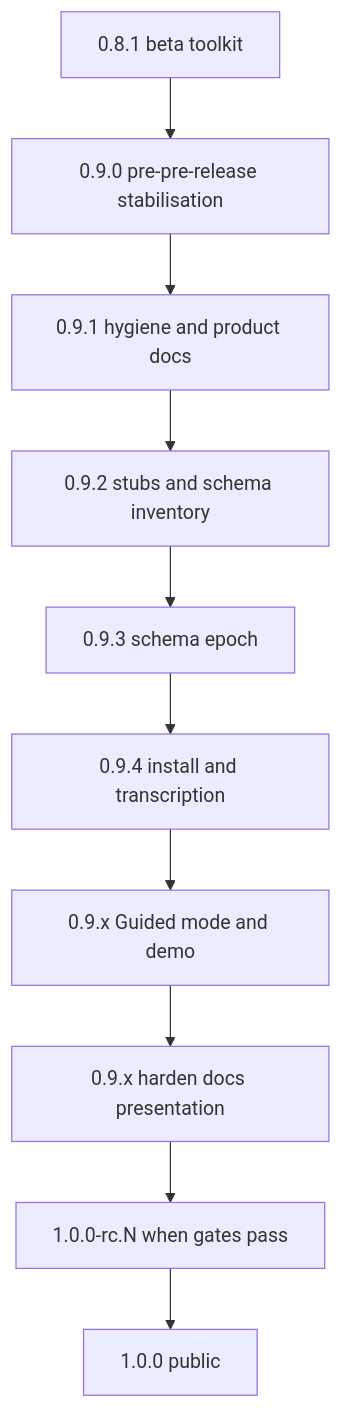
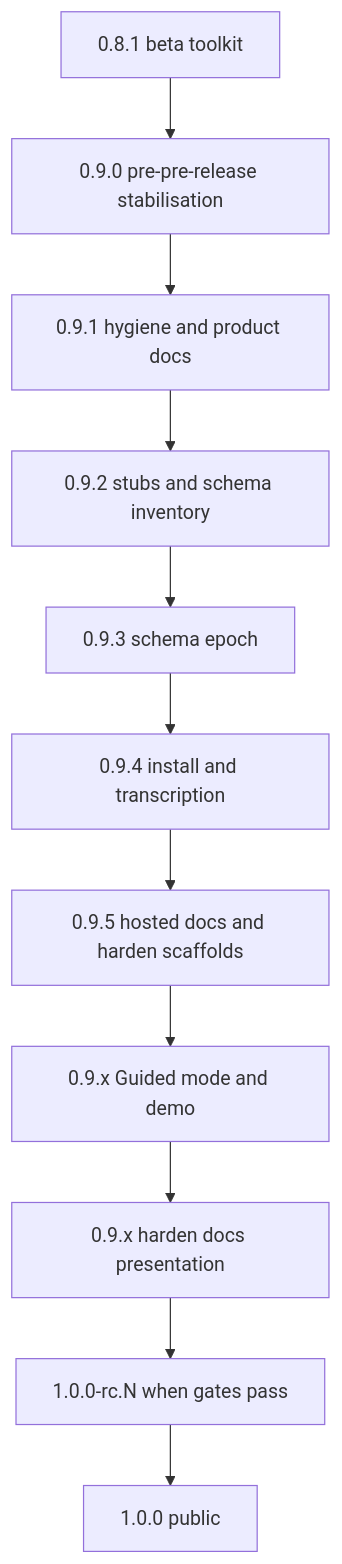
One commit to glen-w/TranscriptX changed the first of 2 diagrams in docs/dev/pre_release_roadmap_1_0.md. Above: the diagram before and after it, drawn with Mermaid. The commit also changed other lines of this file and 30 other files, not shown here.

First line of the commit message:
Release 0.9.5: hosted docs revive and harden scaffolds.

````diff
--- a/docs/dev/pre_release_roadmap_1_0.md
+++ b/docs/dev/pre_release_roadmap_1_0.md
@@ -419,14 +420,15 @@
 ```mermaid
 flowchart TD
   v08[0.8.1 beta toolkit]
   v090[0.9.0 pre-pre-release stabilisation]
   v091[0.9.1 hygiene and product docs]
   v092[0.9.2 stubs and schema inventory]
   themeSchema[0.9.3 schema epoch]
   themeInstall[0.9.4 install and transcription]
+  themeDocsScaffolds[0.9.5 hosted docs and harden scaffolds]
   themeModes[0.9.x Guided mode and demo]
   themeHarden[0.9.x harden docs presentation]
   rc[1.0.0-rc.N when gates pass]
   v10[1.0.0 public]
-  v08 --> v090 --> v091 --> v092 --> themeSchema --> themeInstall --> themeModes --> themeHarden --> rc --> v10
+  v08 --> v090 --> v091 --> v092 --> themeSchema --> themeInstall --> themeDocsScaffolds --> themeModes --> themeHarden --> rc --> v10
 ```
````
